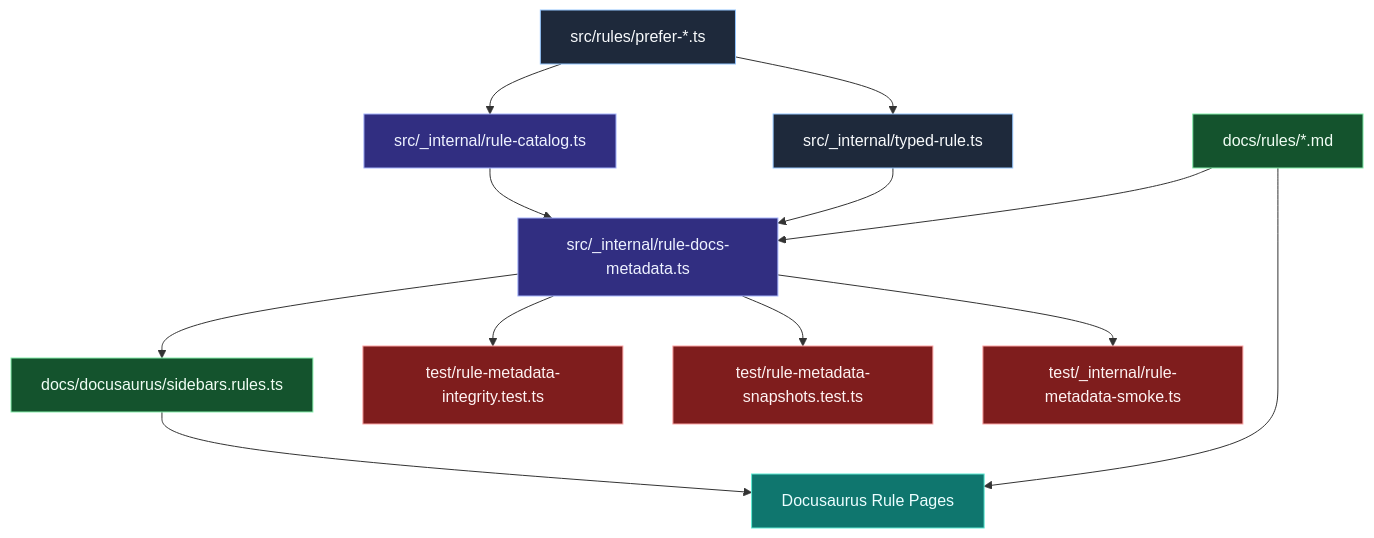
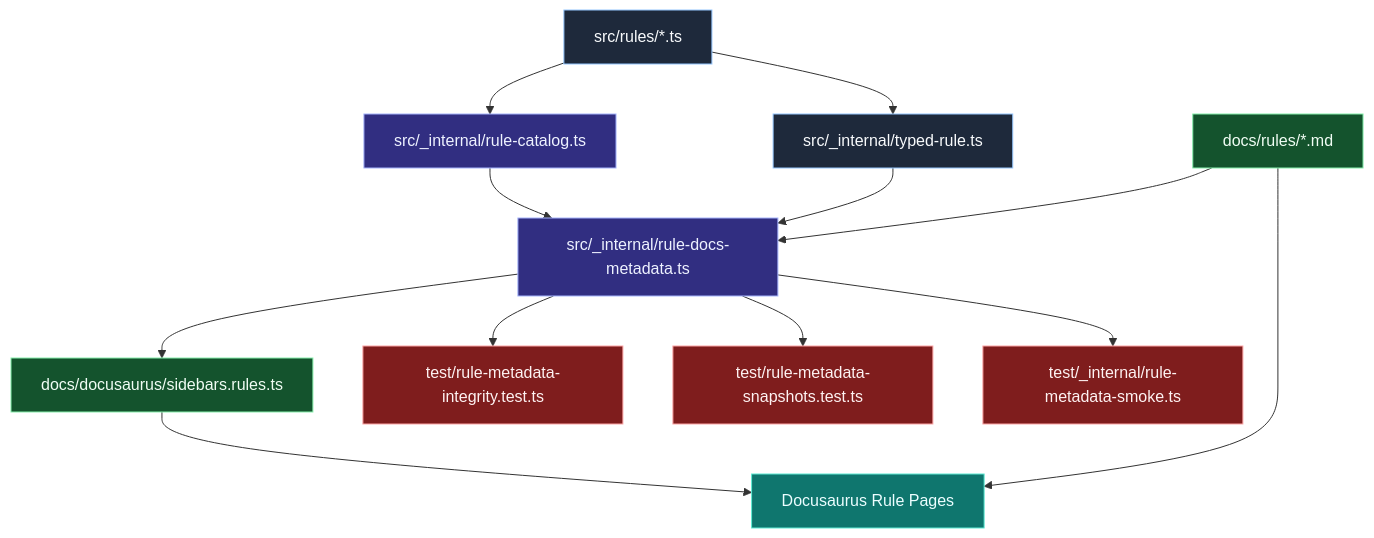
One commit to Nick2bad4u/eslint-plugin-SDL-2 changed the diagram in docs/docusaurus/site-docs/developer/charts/rule-catalog-and-doc-sync.md. Above: the diagram before and after it, drawn with Mermaid. The commit also changed 20 other files, not shown here.

````diff
--- a/docs/docusaurus/site-docs/developer/charts/rule-catalog-and-doc-sync.md
+++ b/docs/docusaurus/site-docs/developer/charts/rule-catalog-and-doc-sync.md
@@ -11,39 +11,39 @@
 ```mermaid
 flowchart TB
     classDef src fill:#1e293b,stroke:#93c5fd,color:#f8fafc,stroke-width:1px
     classDef catalog fill:#312e81,stroke:#a5b4fc,color:#eef2ff,stroke-width:1px
     classDef docs fill:#14532d,stroke:#86efac,color:#f0fdf4,stroke-width:1px
     classDef tests fill:#7f1d1d,stroke:#fca5a5,color:#fef2f2,stroke-width:1px
     classDef output fill:#0f766e,stroke:#5eead4,color:#ecfeff,stroke-width:1px
 
-    RuleSource[src/rules/prefer-*.ts]
+    RuleSource[src/rules/*.ts]
     TypedRule[src/_internal/typed-rule.ts]
     RuleCatalog[src/_internal/rule-catalog.ts]
     RuleDocsMetadata[src/_internal/rule-docs-metadata.ts]
     RuleDocs[docs/rules/*.md]
     RuleSidebar[docs/docusaurus/sidebars.rules.ts]
     IntegrityTests[test/rule-metadata-integrity.test.ts]
     SnapshotTests[test/rule-metadata-snapshots.test.ts]
     SmokeTests[test/_internal/rule-metadata-smoke.ts]
     BuiltDocs[Docusaurus Rule Pages]
 
     RuleSource --> TypedRule
     RuleSource --> RuleCatalog
     RuleCatalog --> RuleDocsMetadata
     TypedRule --> RuleDocsMetadata
     RuleDocs --> RuleDocsMetadata
     RuleDocsMetadata --> RuleSidebar
     RuleSidebar --> BuiltDocs
 
     RuleDocsMetadata --> IntegrityTests
     RuleDocsMetadata --> SnapshotTests
     RuleDocsMetadata --> SmokeTests
 
     RuleDocs --> BuiltDocs
 
     class RuleSource,TypedRule src
     class RuleCatalog,RuleDocsMetadata catalog
     class RuleDocs,RuleSidebar docs
     class IntegrityTests,SnapshotTests,SmokeTests tests
     class BuiltDocs output
 ```
````
